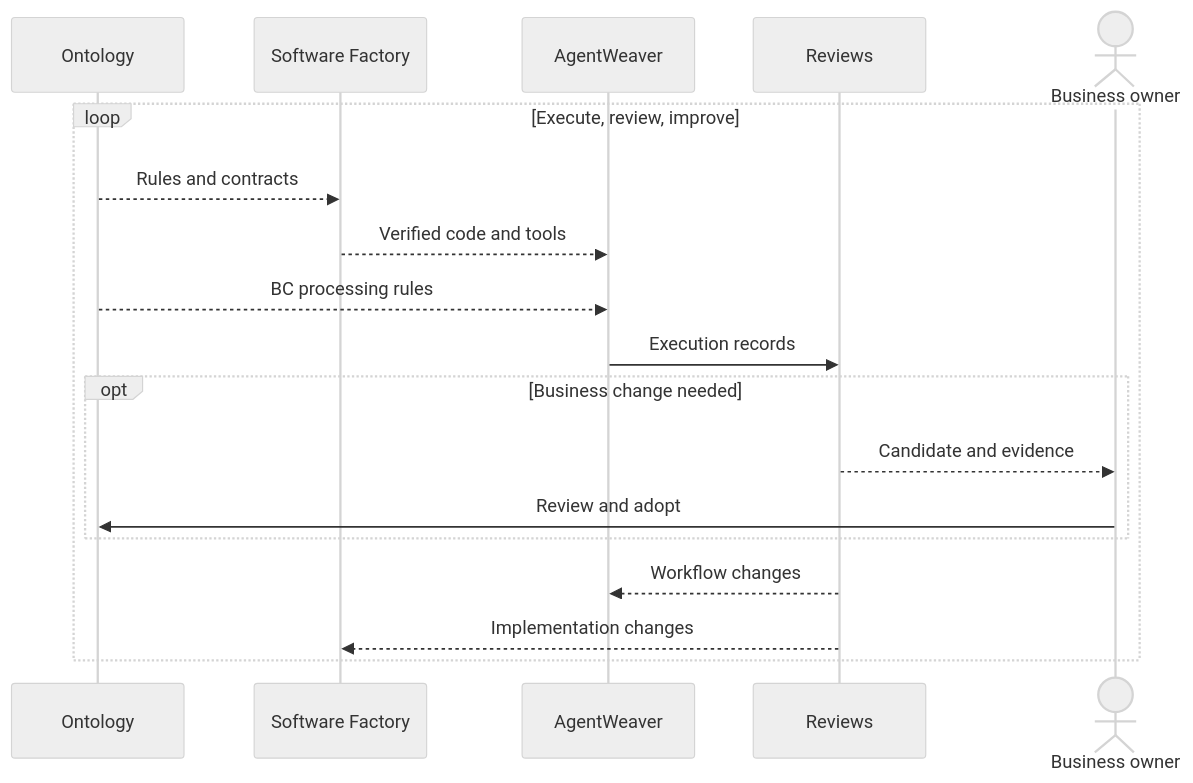
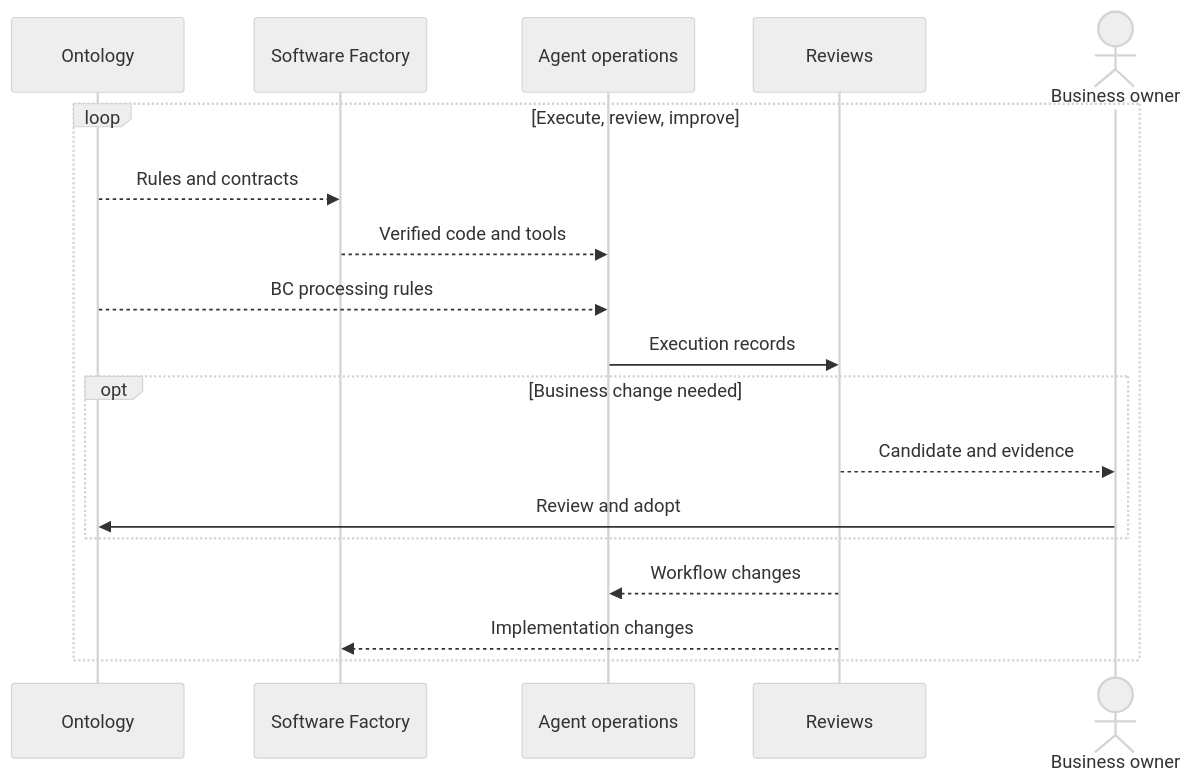
One commit to haandol/haandol.github.com changed the tenth of 10 diagrams in _en/2026-11-05-enterprise-wide-ax-essentials.md. Above: the diagram before and after it, drawn with Mermaid (neutral theme). The commit also changed other lines of this file and 1 other file, not shown here.

````diff
--- a/_en/2026-11-05-enterprise-wide-ax-essentials.md
+++ b/_en/2026-11-05-enterprise-wide-ax-essentials.md
@@ -396,20 +423,20 @@
 ```mermaid
 sequenceDiagram
   participant K as Ontology
   participant F as Software Factory
-  participant W as AgentWeaver
+  participant W as Agent operations
   participant R as Reviews
   actor O as Business owner
   loop Execute, review, improve
     K-->>F: Rules and contracts
     F-->>W: Verified code and tools
     K-->>W: BC processing rules
     W->>R: Execution records
     opt Business change needed
       R-->>O: Candidate and evidence
       O->>K: Review and adopt
     end
     R-->>W: Workflow changes
     R-->>F: Implementation changes
   end
 ```
````
